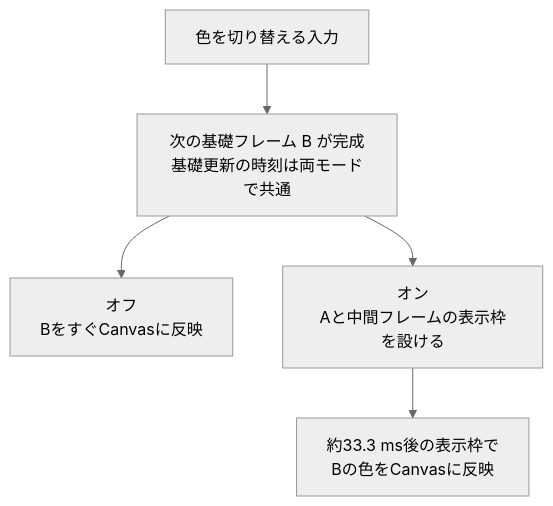
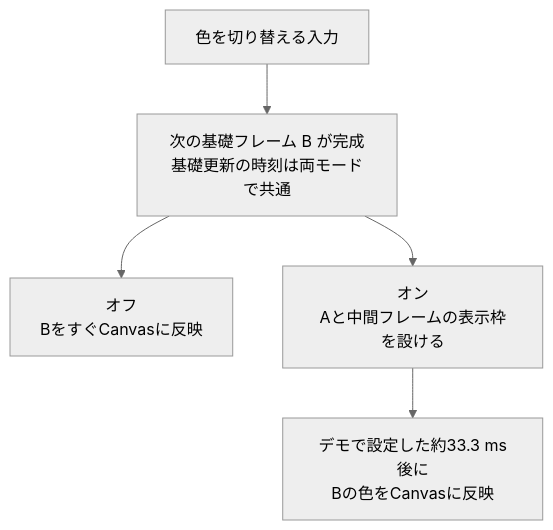
Before and after one commit to sny0/sny0.github.io: the third of 3 diagrams in study/docs/graphics/postprocess/frame-generation.md, drawn with Mermaid (neutral theme). The commit also changed other lines of this file and 11 other files, not shown here.

````diff
--- a/study/docs/graphics/postprocess/frame-generation.md
+++ b/study/docs/graphics/postprocess/frame-generation.md
@@ -61,7 +61,7 @@
 ```mermaid
 flowchart TD
     I["色を切り替える入力"] --> B["次の基礎フレーム B が完成<br/>基礎更新の時刻は両モードで共通"]
     B --> N["オフ<br/>BをすぐCanvasに反映"]
     B --> Y["オン<br/>Aと中間フレームの表示枠を設ける"]
-    Y --> D["約33.3 ms後の表示枠で<br/>Bの色をCanvasに反映"]
+    Y --> D["デモで設定した約33.3 ms後に<br/>Bの色をCanvasに反映"]
 ```
````
